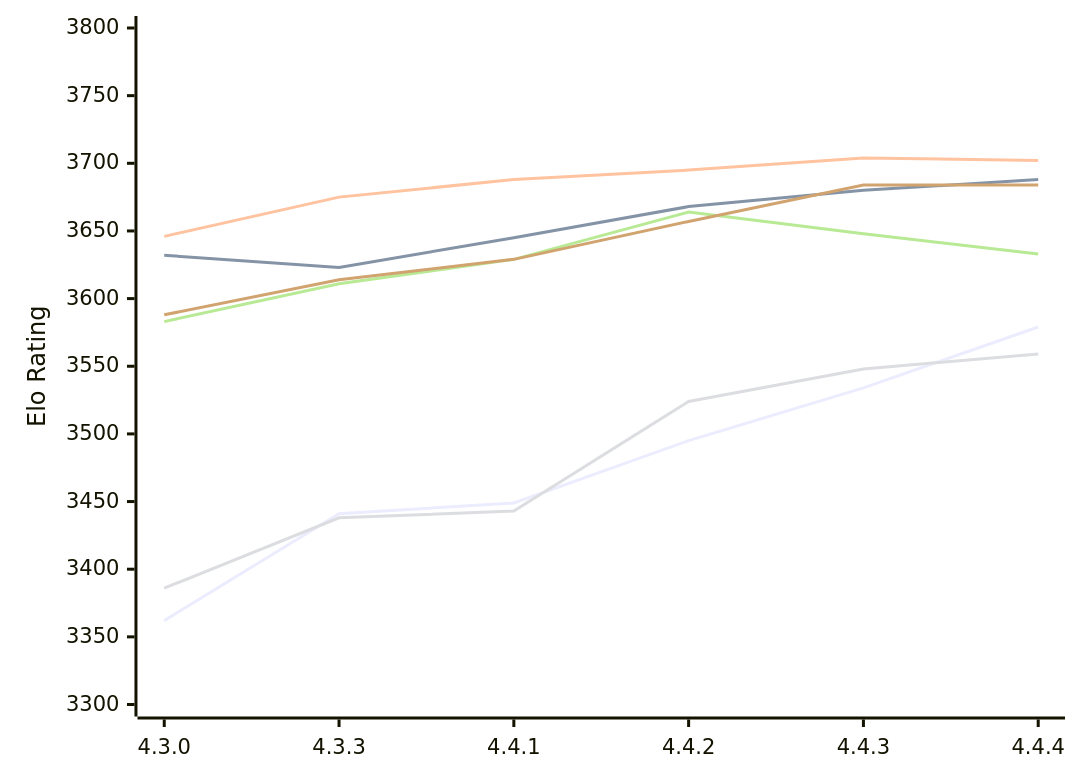
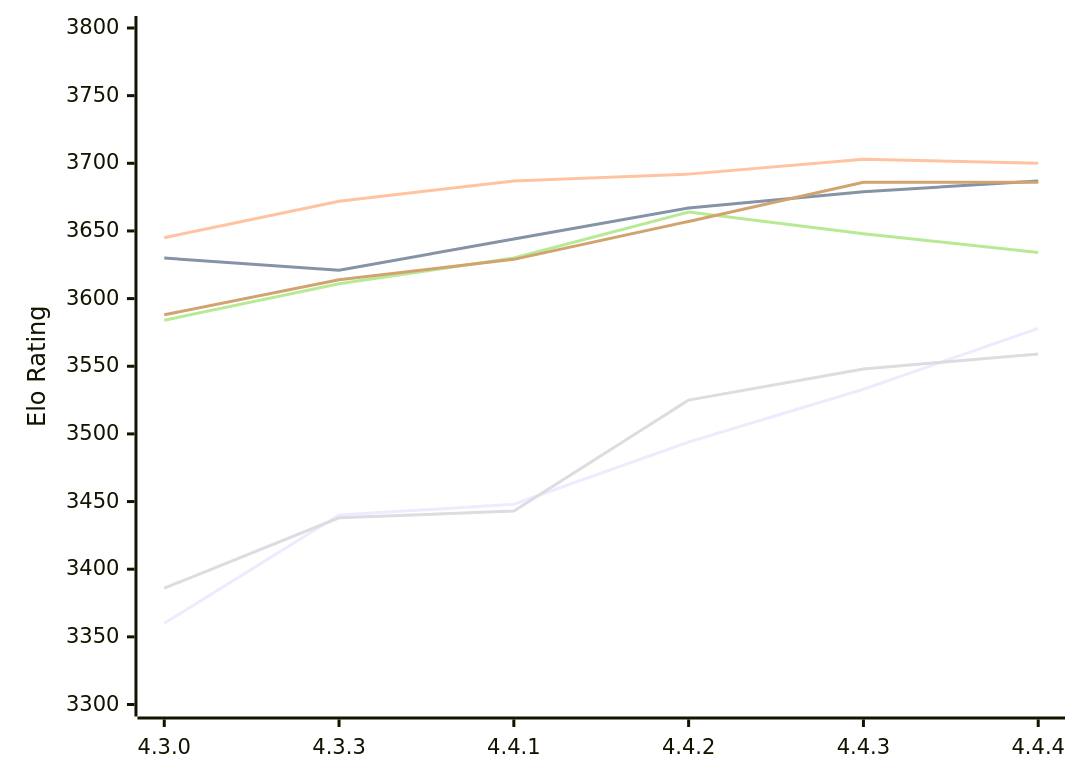
Before and after one commit to computer-chess-index/cci: the first of 2 diagrams in engines/Gaia.md, drawn with Mermaid. The commit also changed other lines of this file, not shown here.

Commit message:
Update CCI Ratings (ELO VLTC) - 2026-11-28

````diff
--- a/engines/Gaia.md
+++ b/engines/Gaia.md
@@ -63,12 +63,12 @@
 ```mermaid
 %%{init: {"theme":"base","themeVariables":{"seriesColors:['#a3a3a3','#222221','#faa371']}}}%%
 xychart-beta
   x-axis ["4.3.0", "4.3.3", "4.4.1", "4.4.2", "4.4.3", "4.4.4"]
   y-axis "Elo Rating" 3300 --> 3800
-  line "E1: STC (8.0+0.08s)" [3362, 3441, 3449, 3495, 3534, 3579]
-  line "E1: LTC (60.0+0.60s)" [3632, 3623, 3645, 3668, 3680, 3688]
-  line "E1: VLTC (2m24s+1.12s)" [3646, 3675, 3688, 3695, 3704, 3702]
-  line "P1: STC (8.0+0.08s)" [3386, 3438, 3443, 3524, 3548, 3559]
-  line "P1: LTC (60.0+0.60s)" [3583, 3611, 3629, 3664, 3648, 3633]
-  line "P1: VLTC (2m24s+1.12s)" [3588, 3614, 3629, 3657, 3684, 3684]
+  line "E1: STC (8.0+0.08s)" [3360, 3440, 3448, 3494, 3533, 3578]
+  line "E1: LTC (60.0+0.60s)" [3630, 3621, 3644, 3667, 3679, 3687]
+  line "E1: VLTC (2m24s+1.12s)" [3645, 3672, 3687, 3692, 3703, 3700]
+  line "P1: STC (8.0+0.08s)" [3386, 3438, 3443, 3525, 3548, 3559]
+  line "P1: LTC (60.0+0.60s)" [3584, 3611, 3630, 3664, 3648, 3634]
+  line "P1: VLTC (2m24s+1.12s)" [3588, 3614, 3629, 3657, 3686, 3686]
 ```
````
